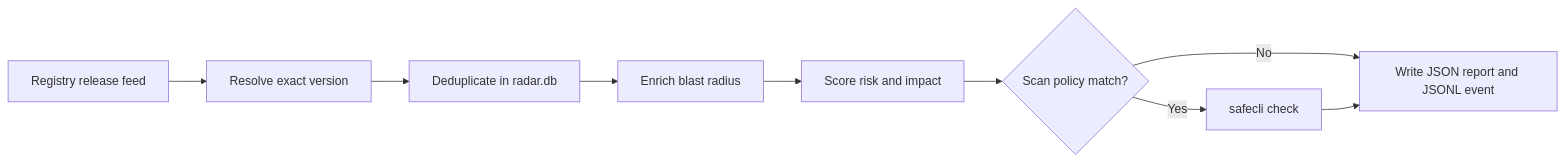
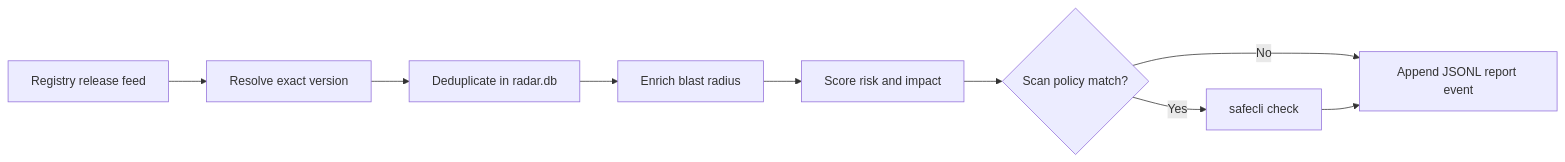
Before and after one commit to dumko2001/safecli-release-radar: the diagram in README.md, drawn with Mermaid. The commit also changed other lines of this file and 6 other files, not shown here.

````diff
--- a/README.md
+++ b/README.md
@@ -153,11 +153,11 @@
 ```mermaid
 flowchart LR
     A["Registry release feed"] --> B["Resolve exact version"]
     B --> C["Deduplicate in radar.db"]
     C --> D["Enrich blast radius"]
     D --> E["Score risk and impact"]
     E --> F{"Scan policy match?"}
-    F -- "No" --> G["Write JSON report and JSONL event"]
+    F -- "No" --> G["Append JSONL report event"]
     F -- "Yes" --> H["safecli check"]
     H --> G
 ```
````
